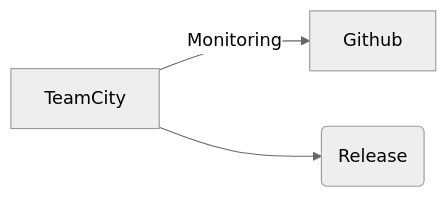
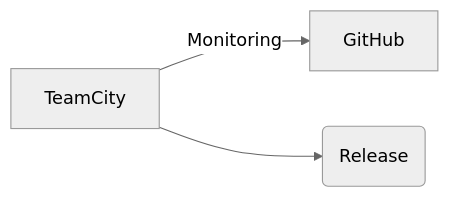
The second of 3 diagrams in docs/contribute/ci.qmd (Deltares/Ribasim), drawn with Mermaid (neutral theme) before and after one commit. The commit also changed other lines of this file and 12 other files, not shown here.

````diff
--- a/docs/contribute/ci.qmd
+++ b/docs/contribute/ci.qmd
@@ -38,5 +38,5 @@
 ```{mermaid}
 graph LR
-    A[TeamCity]-->|Monitoring|B[Github]
+    A[TeamCity]-->|Monitoring|B[GitHub]
     A-->C(Release)
 ```
````
